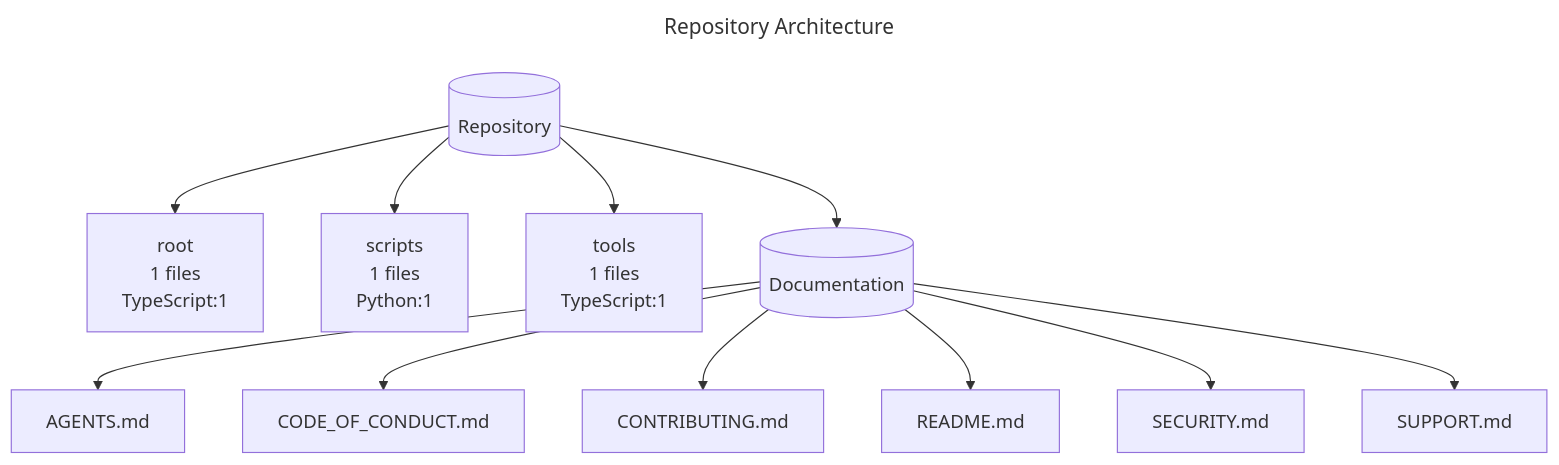
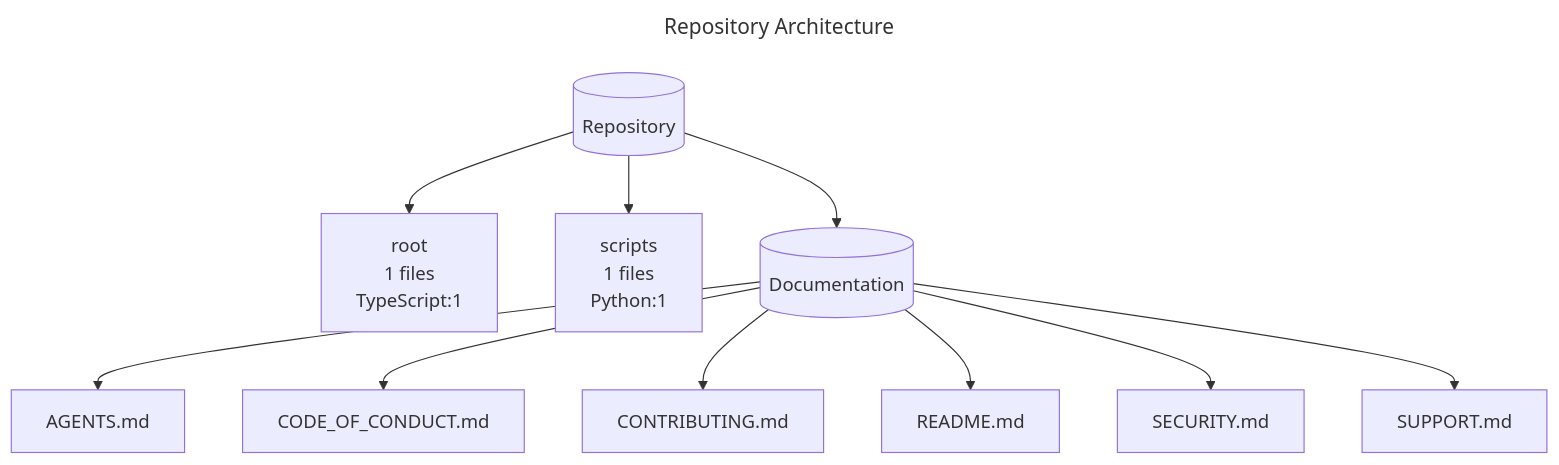
The diagram in docs/architecture.mmd (bell-kevin/clepsydra), drawn with Mermaid before and after one commit.

Commit message:
chore: update architecture diagram

```diff
--- a/docs/architecture.mmd
+++ b/docs/architecture.mmd
@@ -1,27 +1,25 @@
 ---
 title: Repository Architecture
 ---
 graph TD
     repo[(Repository)]
     n_root["root\n1 files\nTypeScript:1"]
     repo --> n_root
     n_scripts["scripts\n1 files\nPython:1"]
     repo --> n_scripts
-    n_tools["tools\n1 files\nTypeScript:1"]
-    repo --> n_tools
     docs[(Documentation)]
     repo --> docs
     n_doc_AGENTS_md["AGENTS.md"]
     docs --> n_doc_AGENTS_md
     n_doc_CODE_OF_CONDUCT_md["CODE_OF_CONDUCT.md"]
     docs --> n_doc_CODE_OF_CONDUCT_md
     n_doc_CONTRIBUTING_md["CONTRIBUTING.md"]
     docs --> n_doc_CONTRIBUTING_md
     n_doc_README_md["README.md"]
     docs --> n_doc_README_md
     n_doc_SECURITY_md["SECURITY.md"]
     docs --> n_doc_SECURITY_md
     n_doc_SUPPORT_md["SUPPORT.md"]
     docs --> n_doc_SUPPORT_md
 
 %% Generated by scripts/generate_architecture_diagram.py
```
